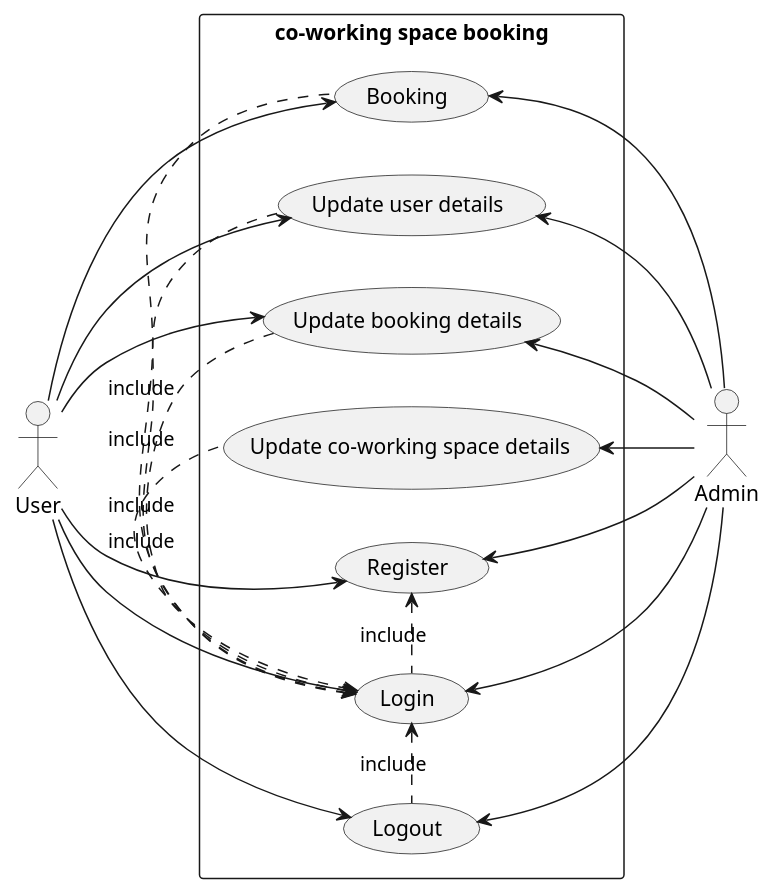
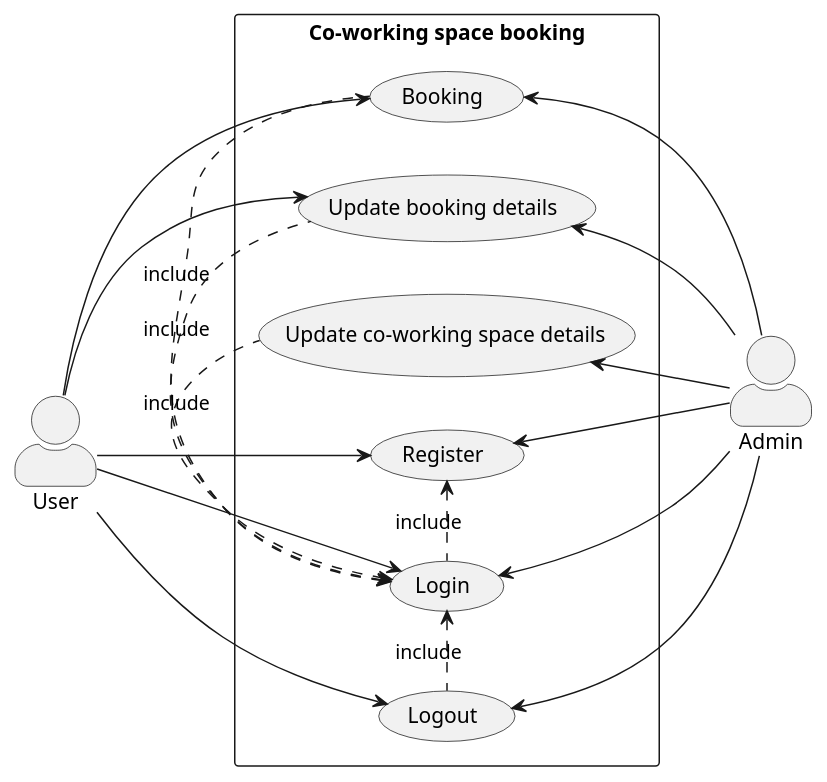
The diagram in caseDiagram.puml (2110503TACEDT66/presentation-day-1-nongearnproject), drawn with PlantUML before and after one commit. The commit also changed 4 other files, not shown here.

```diff
--- a/caseDiagram.puml
+++ b/caseDiagram.puml
@@ -1,33 +1,30 @@
 @startuml case diagram
+skinparam actorStyle awesome
 left to right direction
 actor "User" as fc
 actor "Admin" as ad
-rectangle "co-working space booking" {
+rectangle "Co-working space booking" {
   usecase "Register" as UC1
   usecase "Login" as UC2
   usecase "Logout" as UC3
   usecase "Booking" as UC4
-  usecase "Update user details" as UC5
   usecase "Update booking details" as UC6
   usecase "Update co-working space details" as UC7
 }
 UC1 <. UC2 : include
 UC2 <. UC4 : include
-UC2 <. UC5 : include
 UC2 <. UC6 : include
 UC2 <. UC7 : include
 UC2 <. UC3 : include
 ad -up-> UC3
 ad -up-> UC4
 ad -up-> UC1
 fc --> UC1
 fc --> UC2
 fc --> UC3
 fc --> UC4
-fc --> UC5
-ad -up-> UC5
 ad -up-> UC6
 fc --> UC6
 ad -up-> UC7
 ad -up-> UC2
 @enduml
```
